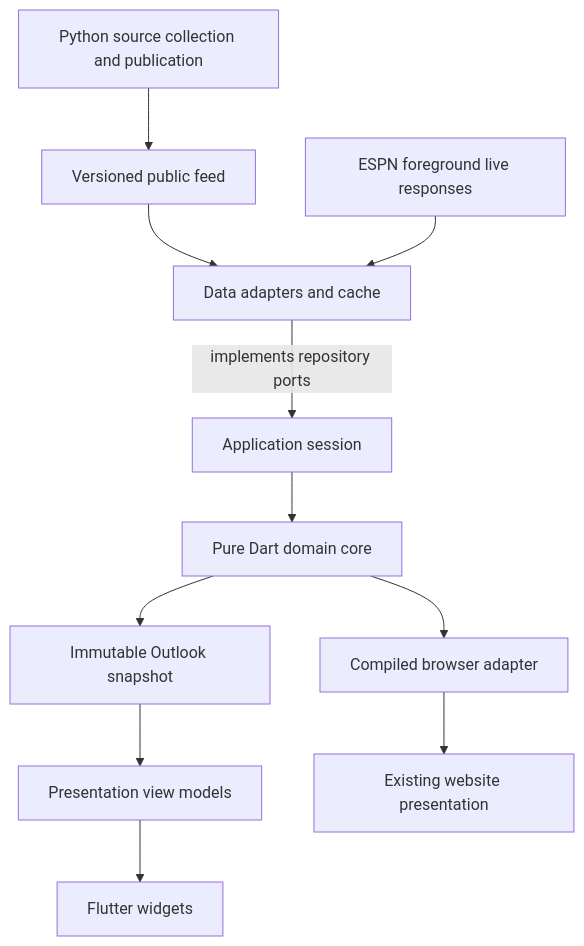
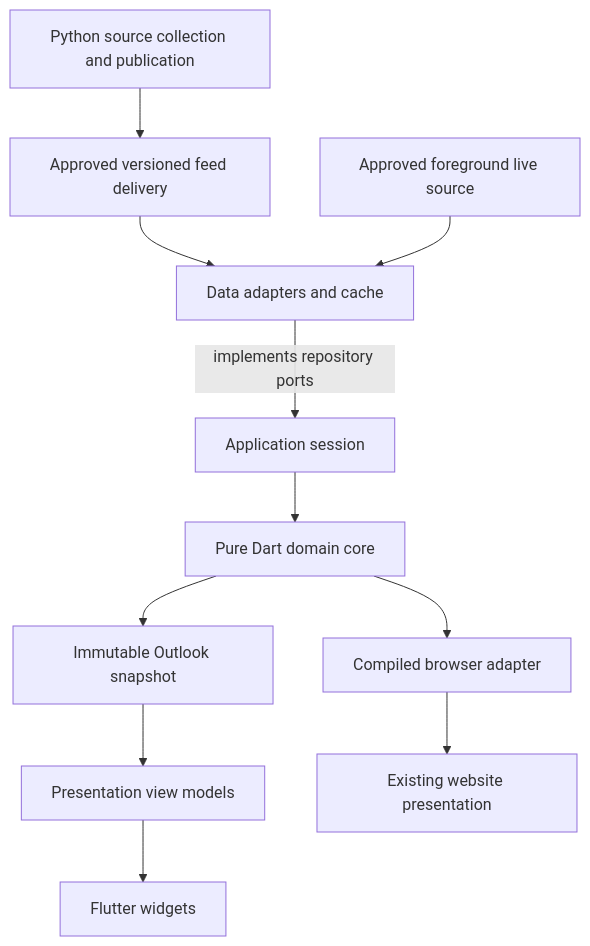
One commit to caparomula/soccer-outlook changed the diagram in docs/companion/architecture.md. Above: the diagram before and after it, drawn with Mermaid. The commit also changed other lines of this file and 258 other files, not shown here.

````diff
--- a/docs/companion/architecture.md
+++ b/docs/companion/architecture.md
@@ -27,13 +29,13 @@
 ```mermaid
 flowchart TD
-    Python["Python source collection and publication"] --> Pages["Versioned public feed"]
-    Pages --> Data["Data adapters and cache"]
-    ESPN["ESPN foreground live responses"] --> Data
+    Python["Python source collection and publication"] --> Feed["Approved versioned feed delivery"]
+    Feed --> Data["Data adapters and cache"]
+    Live["Approved foreground live source"] --> Data
     Data -->|implements repository ports| Application["Application session"]
     Application --> Core["Pure Dart domain core"]
     Core --> Snapshot["Immutable Outlook snapshot"]
     Snapshot --> VM["Presentation view models"]
     VM --> Flutter["Flutter widgets"]
     Core --> Bridge["Compiled browser adapter"]
     Bridge --> Web["Existing website presentation"]
 ```
````
